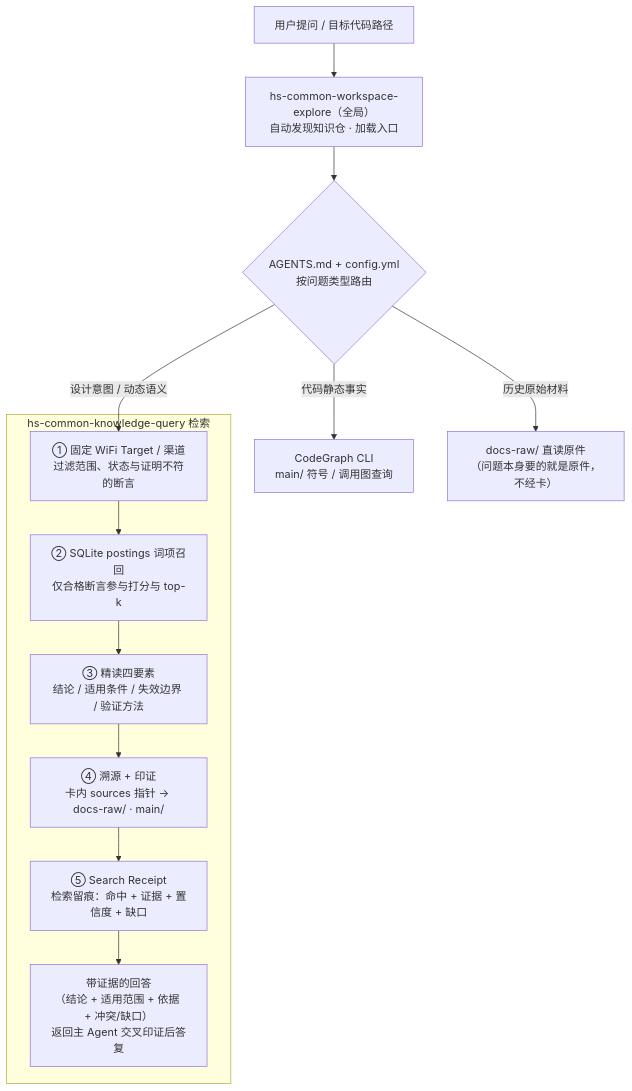
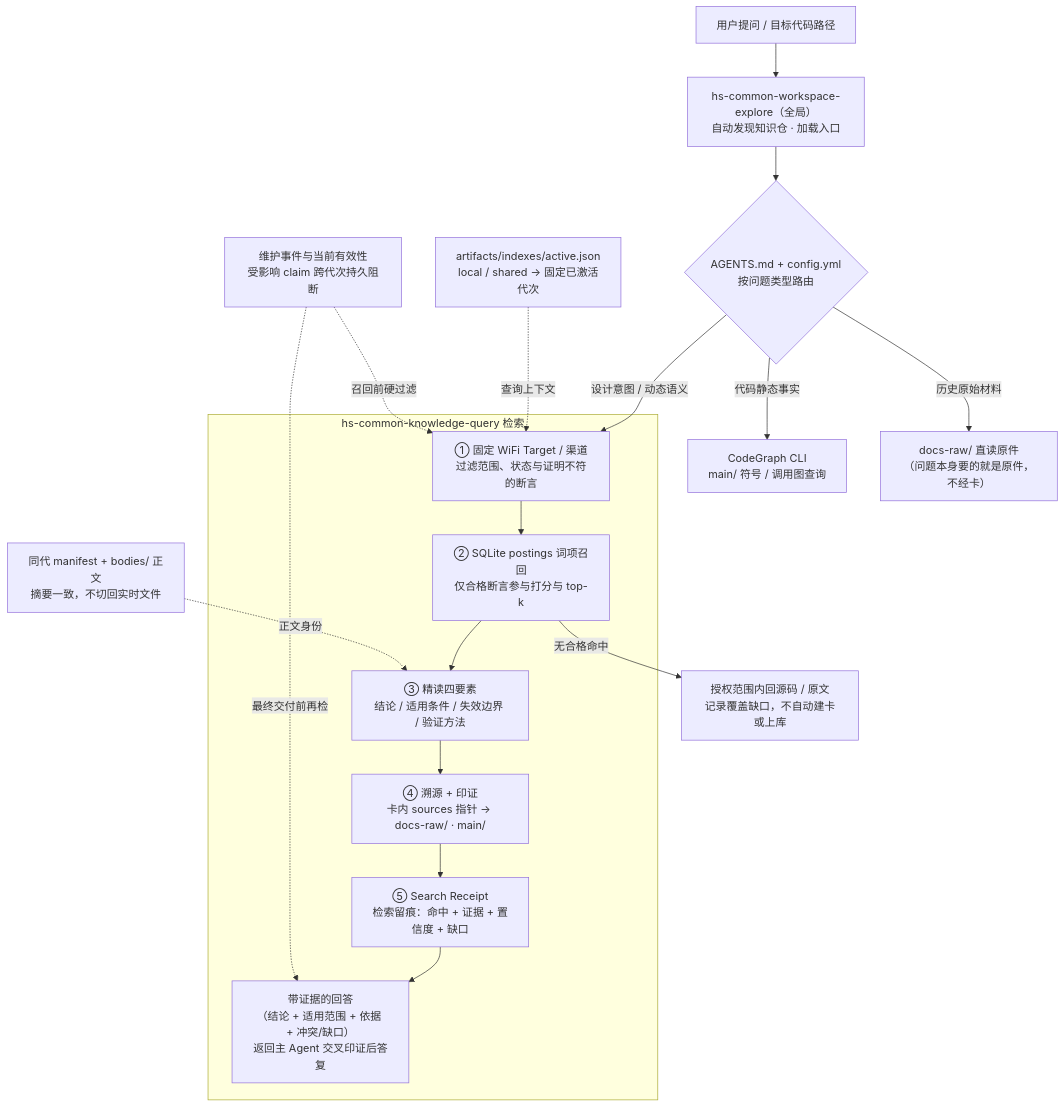
One commit to Robin-hhc/FactumCore changed the sixth of 6 diagrams in docs-llm-wiki/设计文档/aibot.md. Above: the diagram before and after it, drawn with Mermaid. The commit also changed other lines of this file and 4 other files, not shown here.

Commit message:
docs(knowledge): reuse original architecture and extend lifecycle diagrams

````diff
--- a/docs-llm-wiki/设计文档/aibot.md
+++ b/docs-llm-wiki/设计文档/aibot.md
@@ -566,18 +593,23 @@
 ```mermaid
 flowchart TB
     Q["用户提问 / 目标代码路径"] --> CTX["hs-common-workspace-explore（全局）<br />自动发现知识仓 · 加载入口"]
     CTX --> R{"AGENTS.md + config.yml<br />按问题类型路由"}
 
     R -->|"代码静态事实"| CODE["CodeGraph CLI<br />main/ 符号 / 调用图查询"]
     R -->|"历史原始材料"| RAW["docs-raw/ 直读原件<br />（问题本身要的就是原件，不经卡）"]
 
     subgraph KQ["hs-common-knowledge-query 检索"]
         C["① 固定 WiFi Target / 渠道<br />过滤范围、状态与证明不符的断言"] --> D["② SQLite postings 词项召回<br />仅合格断言参与打分与 top-k"]
         D --> E["③ 精读四要素<br />结论 / 适用条件 / 失效边界 / 验证方法"]
         E --> F["④ 溯源 + 印证<br />卡内 sources 指针 → docs-raw/ · main/"]
         F --> G["⑤ Search Receipt<br />检索留痕：命中 + 证据 + 置信度 + 缺口"]
         G --> H["带证据的回答<br />（结论 + 适用范围 + 依据 + 冲突/缺口）<br />返回主 Agent 交叉印证后答复"]
     end
 
     R -->|"设计意图 / 动态语义"| C
+    GEN["artifacts/indexes/active.json<br />local / shared → 固定已激活代次"] -.->|"查询上下文"| C
+    BODY["同代 manifest + bodies/ 正文<br />摘要一致，不切回实时文件"] -.->|"正文身份"| E
+    VALID["维护事件与当前有效性<br />受影响 claim 跨代次持久阻断"] -.->|"召回前硬过滤"| C
+    VALID -.->|"最终交付前再检"| H
+    D -->|"无合格命中"| GAP["授权范围内回源码 / 原文<br />记录覆盖缺口，不自动建卡或上库"]
 ```
````
